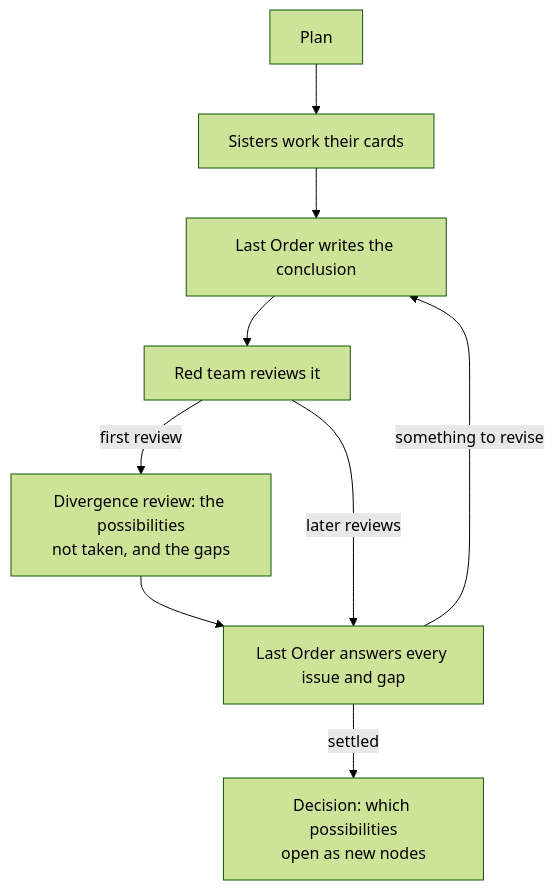
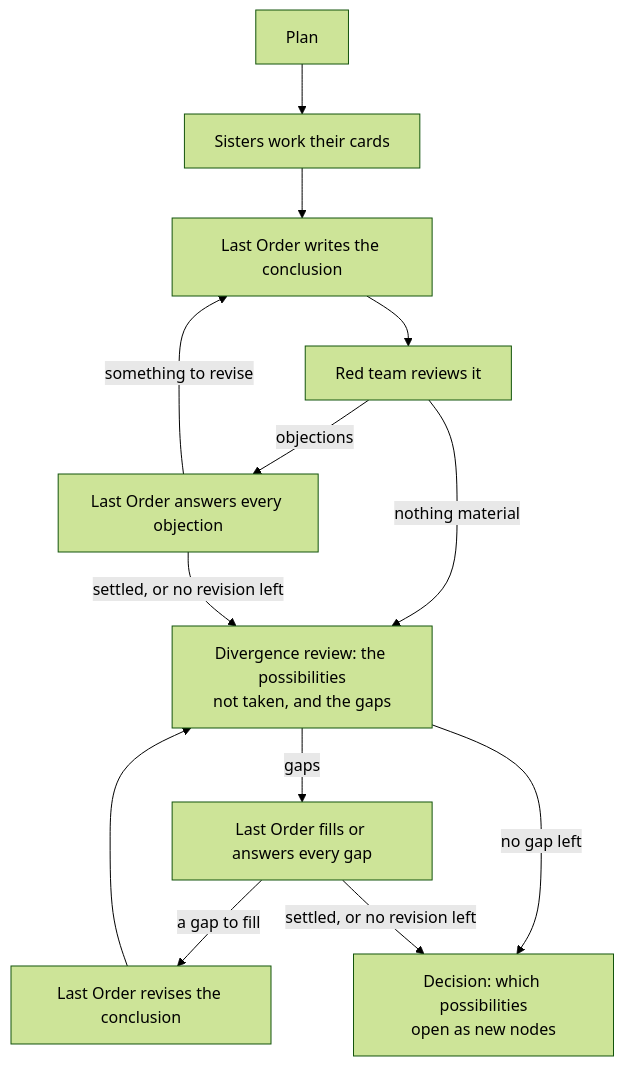
Before and after one commit to LioraRndr/Misaka-Agent: the diagram in docs/guide/research.md, drawn with Mermaid (forest theme). The commit also changed other lines of this file and 32 other files, not shown here.

````diff
--- a/docs/guide/research.md
+++ b/docs/guide/research.md
@@ -95,11 +95,15 @@
 ```mermaid
 flowchart TD
     P["Plan"] --> C["Sisters work their cards"]
     C --> S["Last Order writes the conclusion"]
     S --> R["Red team reviews it"]
-    R -->|"first review"| D["Divergence review: the possibilities<br/>not taken, and the gaps"]
-    D --> A["Last Order answers every issue and gap"]
-    R -->|"later reviews"| A
+    R -->|"objections"| A["Last Order answers every objection"]
     A -->|"something to revise"| S
-    A -->|"settled"| X["Decision: which possibilities<br/>open as new nodes"]
+    R -->|"nothing material"| D["Divergence review: the possibilities<br/>not taken, and the gaps"]
+    A -->|"settled, or no revision left"| D
+    D -->|"gaps"| G["Last Order fills or answers every gap"]
+    G -->|"a gap to fill"| V["Last Order revises the conclusion"]
+    V --> D
+    D -->|"no gap left"| X["Decision: which possibilities<br/>open as new nodes"]
+    G -->|"settled, or no revision left"| X
 ```
````
